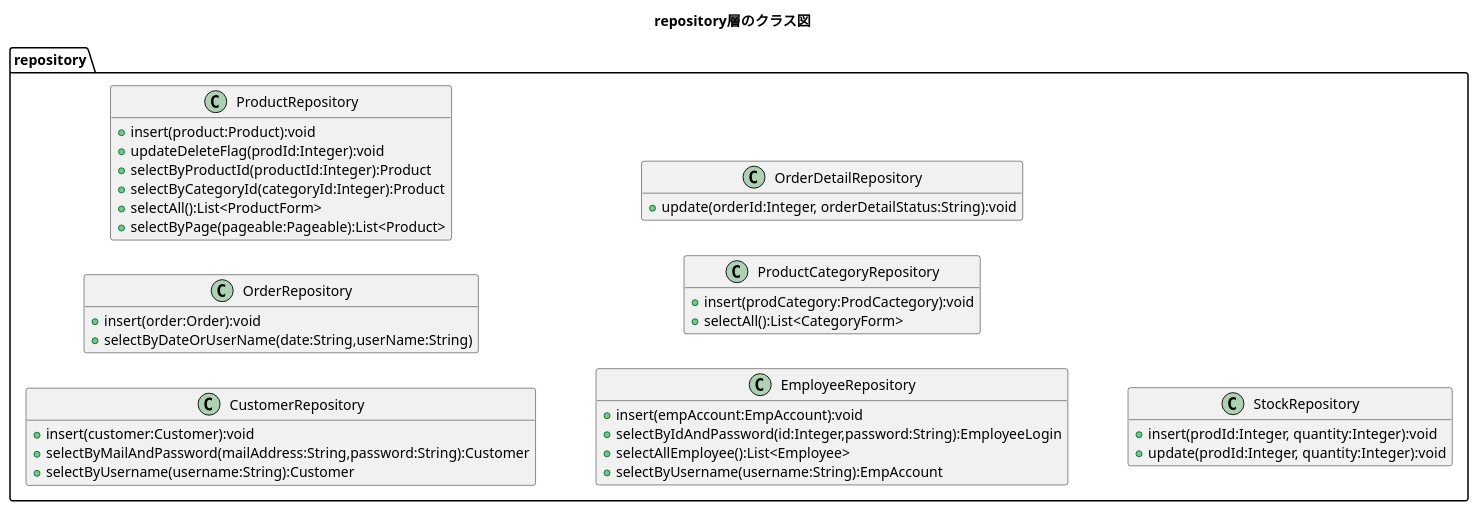
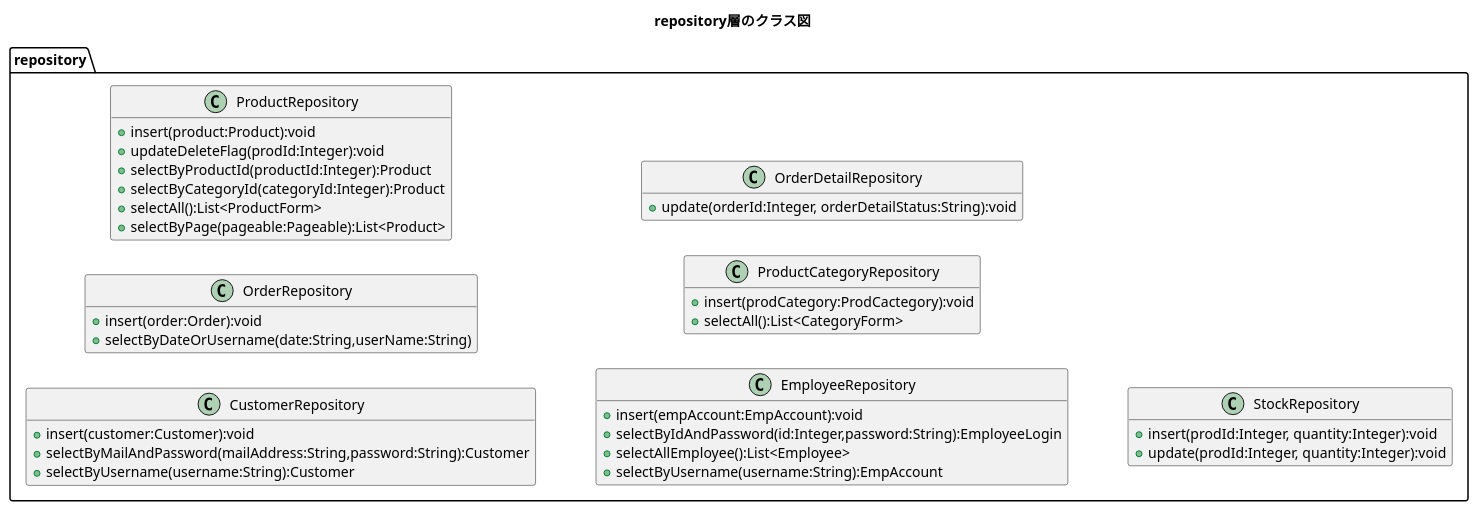
Before and after one commit to kanavii3333/ec-b: the diagram in plan/uml/class/back-end/repository.plantuml, drawn with PlantUML. The commit also changed 11 other files, not shown here.

```diff
--- a/plan/uml/class/back-end/repository.plantuml
+++ b/plan/uml/class/back-end/repository.plantuml
@@ -1,48 +1,48 @@
 @startuml
 title repository層のクラス図
 hide empty members
 left to right direction
 
 package repository{
     class CustomerRepository{
         +insert(customer:Customer):void
         +selectByMailAndPassword(mailAddress:String,password:String):Customer
         +selectByUsername(username:String):Customer
     }
 
     class OrderRepository{
         +insert(order:Order):void
-        +selectByDateOrUserName(date:String,userName:String)
+        +selectByDateOrUsername(date:String,userName:String)
     }
 
     class ProductRepository{
         +insert(product:Product):void
 		+updateDeleteFlag(prodId:Integer):void
         +selectByProductId(productId:Integer):Product
         +selectByCategoryId(categoryId:Integer):Product
         +selectAll():List<ProductForm>
         +selectByPage(pageable:Pageable):List<Product>   
     }
 
     class EmployeeRepository{
         +insert(empAccount:EmpAccount):void
         +selectByIdAndPassword(id:Integer,password:String):EmployeeLogin
         +selectAllEmployee():List<Employee>
         +selectByUsername(username:String):EmpAccount
     }
 
     class ProductCategoryRepository{
         +insert(prodCategory:ProdCactegory):void
         +selectAll():List<CategoryForm>
     }
 
     class OrderDetailRepository{
         +update(orderId:Integer, orderDetailStatus:String):void
     }
     
     class StockRepository{
     	+insert(prodId:Integer, quantity:Integer):void
     	+update(prodId:Integer, quantity:Integer):void
 	}
 }
 @enduml
```
